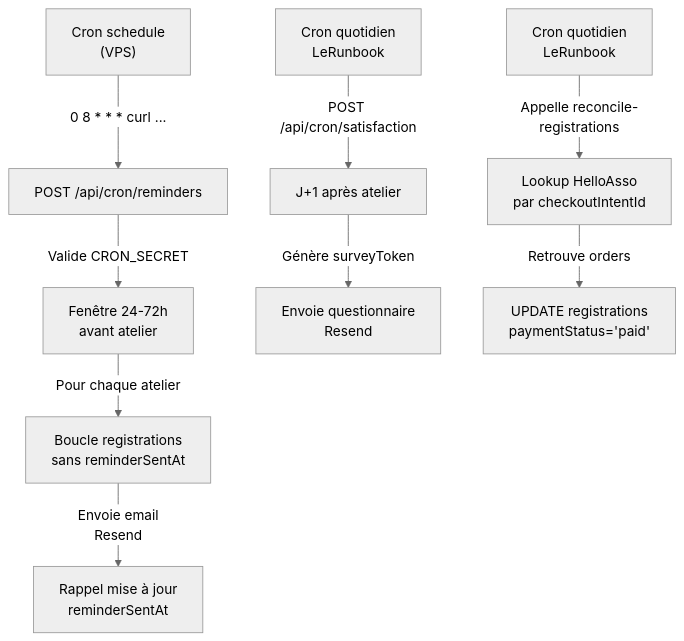
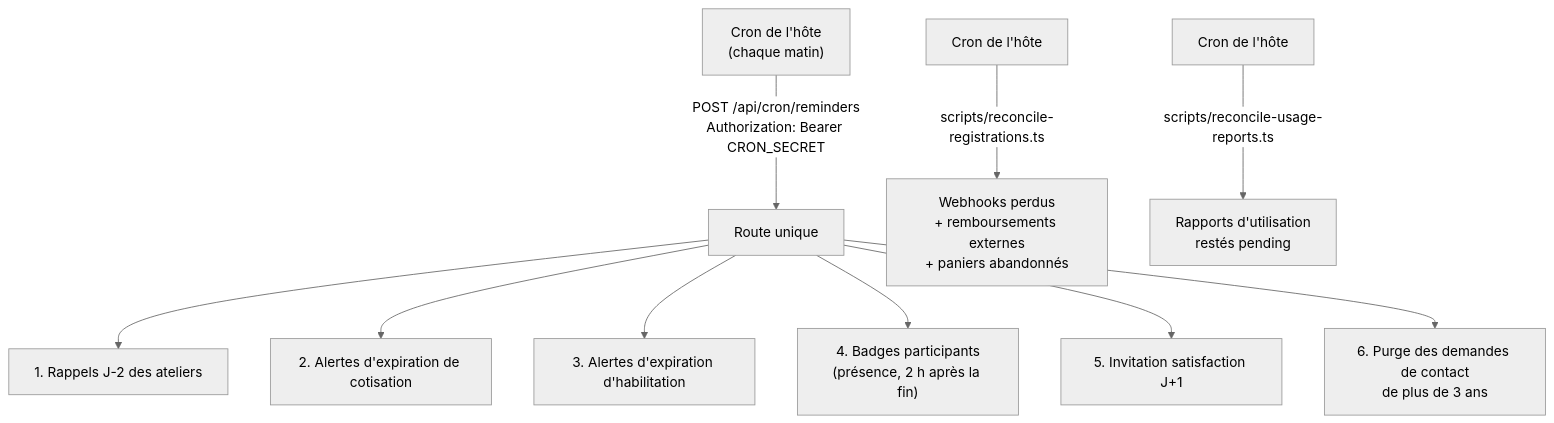
The fourth of 7 diagrams in contenu/lehub/flux.md (fresquesystemique/LaDoc), drawn with Mermaid (neutral theme) before and after one commit. The commit also changed other lines of this file and 30 other files, not shown here.

````diff
--- a/contenu/lehub/flux.md
+++ b/contenu/lehub/flux.md
@@ -211,13 +222,13 @@
 ```mermaid
 graph TD
-    A["Cron schedule<br/>(VPS)"] -->|0 8 * * * curl ...|B["POST /api/cron/reminders"]
-    B -->|Valide CRON_SECRET| C["Fenêtre 24-72h<br/>avant atelier"]
-    C -->|Pour chaque atelier| D["Boucle registrations<br/>sans reminderSentAt"]
-    D -->|Envoie email<br/>Resend| E["Rappel mise à jour<br/>reminderSentAt"]
-    
-    F["Cron quotidien<br/>LeRunbook"] -->|POST /api/cron/satisfaction| G["J+1 après atelier"]
-    G -->|Génère surveyToken| H["Envoie questionnaire<br/>Resend"]
-    
-    I["Cron quotidien<br/>LeRunbook"] -->|Appelle reconcile-registrations| J["Lookup HelloAsso<br/>par checkoutIntentId"]
-    J -->|Retrouve orders| K["UPDATE registrations<br/>paymentStatus='paid'"]
+    A["Cron de l'hôte<br/>(chaque matin)"] -->|"POST /api/cron/reminders<br/>Authorization: Bearer CRON_SECRET"| B["Route unique"]
+    B --> C1["1. Rappels J-2 des ateliers"]
+    B --> C2["2. Alertes d'expiration de cotisation"]
+    B --> C3["3. Alertes d'expiration d'habilitation"]
+    B --> C4["4. Badges participants<br/>(présence, 2 h après la fin)"]
+    B --> C5["5. Invitation satisfaction J+1"]
+    B --> C6["6. Purge des demandes de contact<br/>de plus de 3 ans"]
+
+    D["Cron de l'hôte"] -->|"scripts/reconcile-registrations.ts"| E["Webhooks perdus<br/>+ remboursements externes<br/>+ paniers abandonnés"]
+    F["Cron de l'hôte"] -->|"scripts/reconcile-usage-reports.ts"| G["Rapports d'utilisation<br/>restés pending"]
 ```
````
